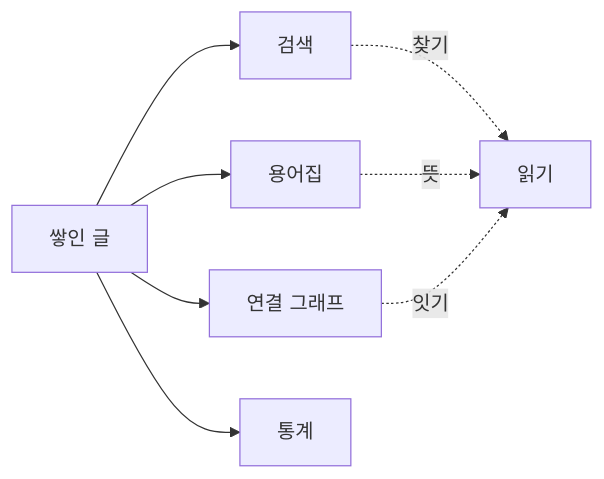
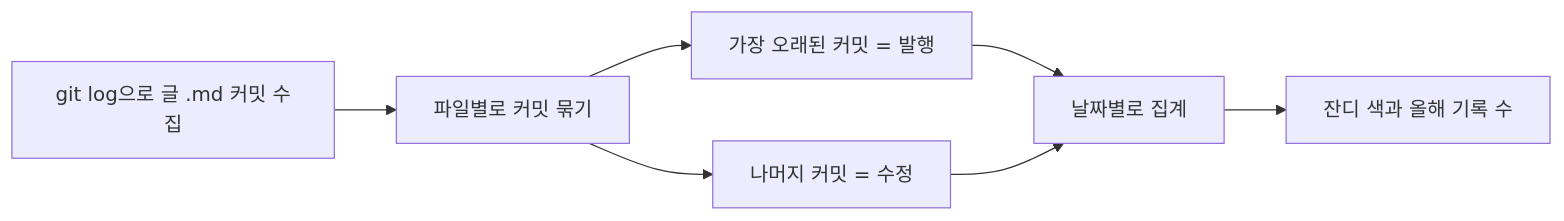
One commit to RJ-Stony/injoy changed the fourth of 4 diagrams in src/content/posts/polish-round-15.md. Above: the diagram before and after it, drawn with Mermaid. The commit also changed other lines of this file, not shown here.

Commit message:
post: 쌓인 글을 찾고 재고 잇는 도구들 - 실제 코드·다이어그램으로 깊이 보강 (블로그 다듬기 기록)

````diff
--- a/src/content/posts/polish-round-15.md
+++ b/src/content/posts/polish-round-15.md
@@ -13,10 +170,9 @@
 ```mermaid
 flowchart LR
-  P[쌓인 글] --> S[검색]
-  P --> G[용어집]
-  P --> C[연결 그래프]
-  P --> T[통계]
-  S -.찾기.-> R[읽기]
-  G -.뜻.-> R
-  C -.잇기.-> R
+  G[git log으로 글 .md 커밋 수집] --> P[파일별로 커밋 묶기]
+  P --> F[가장 오래된 커밋 = 발행]
+  P --> M[나머지 커밋 = 수정]
+  F --> D[날짜별로 집계]
+  M --> D
+  D --> J[잔디 색과 올해 기록 수]
 ```
````
